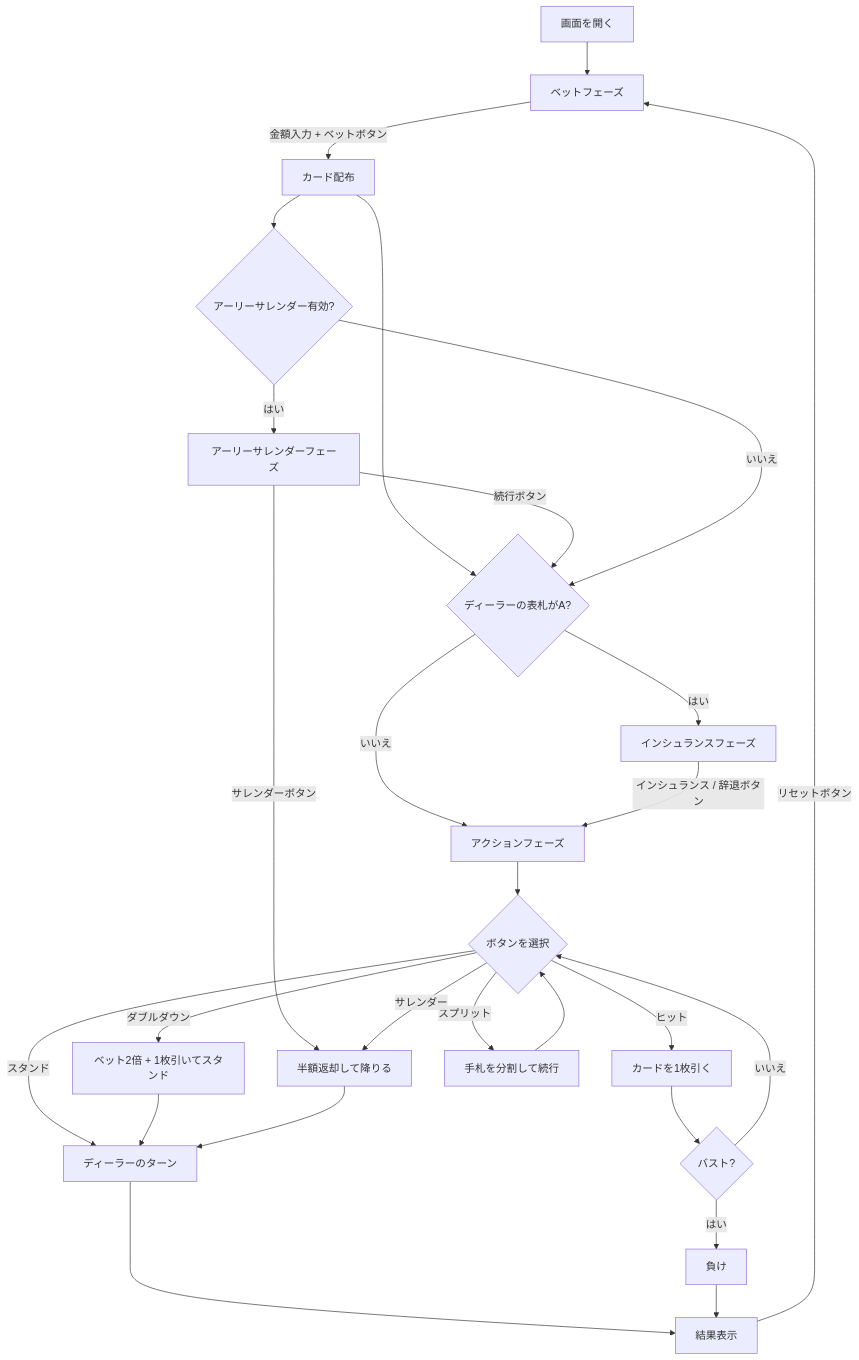
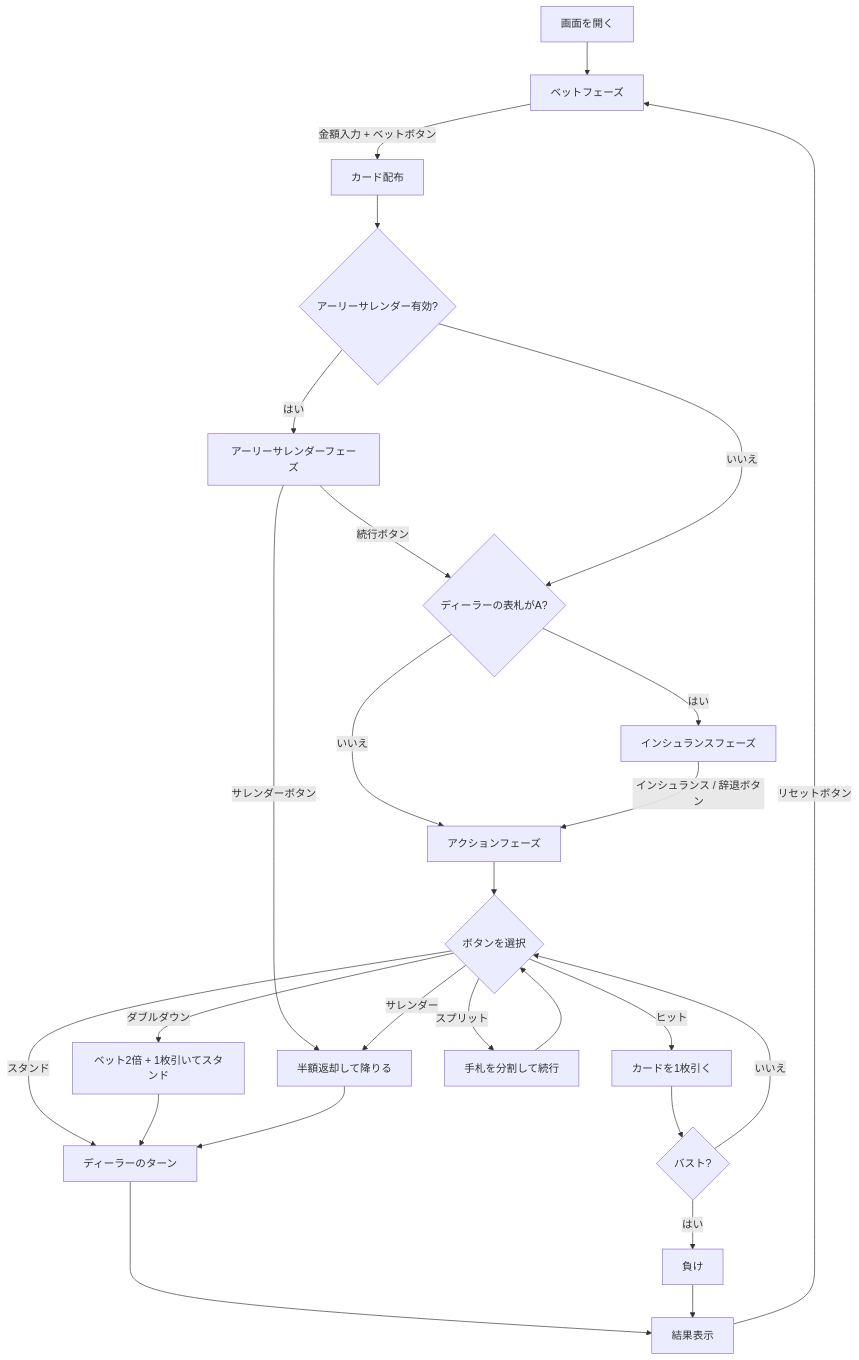
One commit to yuta-yoshinaga/go_trumpcards changed the diagram in docs/manual/web/blackjack.md. Above: the diagram before and after it, drawn with Mermaid. The commit also changed 1 other file, not shown here.

Commit message:
docs(blackjack): fix flowchart redundant arrows in surrender docs
Remove duplicate C-->D arrows in CUI and Web manual flowcharts,
merging the node definition into the early surrender branch.

````diff
--- a/docs/manual/web/blackjack.md
+++ b/docs/manual/web/blackjack.md
@@ -42,29 +42,28 @@
 ```mermaid
 flowchart TD
     A[画面を開く] --> B[ベットフェーズ]
     B -->|金額入力 + ベットボタン| C[カード配布]
-    C --> D{ディーラーの表札がA?}
-    D -->|はい| E[インシュランスフェーズ]
-    D -->|いいえ| F[アクションフェーズ]
     C --> ES{アーリーサレンダー有効?}
     ES -->|はい| ESF[アーリーサレンダーフェーズ]
     ESF -->|サレンダーボタン| O
     ESF -->|続行ボタン| D
-    ES -->|いいえ| D
+    ES -->|いいえ| D{ディーラーの表札がA?}
+    D -->|はい| E[インシュランスフェーズ]
+    D -->|いいえ| F[アクションフェーズ]
     E -->|インシュランス / 辞退ボタン| F
     F --> G{ボタンを選択}
     G -->|ヒット| H[カードを1枚引く]
     H --> I{バスト?}
     I -->|はい| J[負け]
     I -->|いいえ| G
     G -->|スタンド| K[ディーラーのターン]
     G -->|ダブルダウン| L[ベット2倍 + 1枚引いてスタンド]
     L --> K
     G -->|スプリット| M[手札を分割して続行]
     M --> G
     G -->|サレンダー| O[半額返却して降りる]
     O --> K
     K --> N[結果表示]
     J --> N
     N -->|リセットボタン| B
 ```
````
